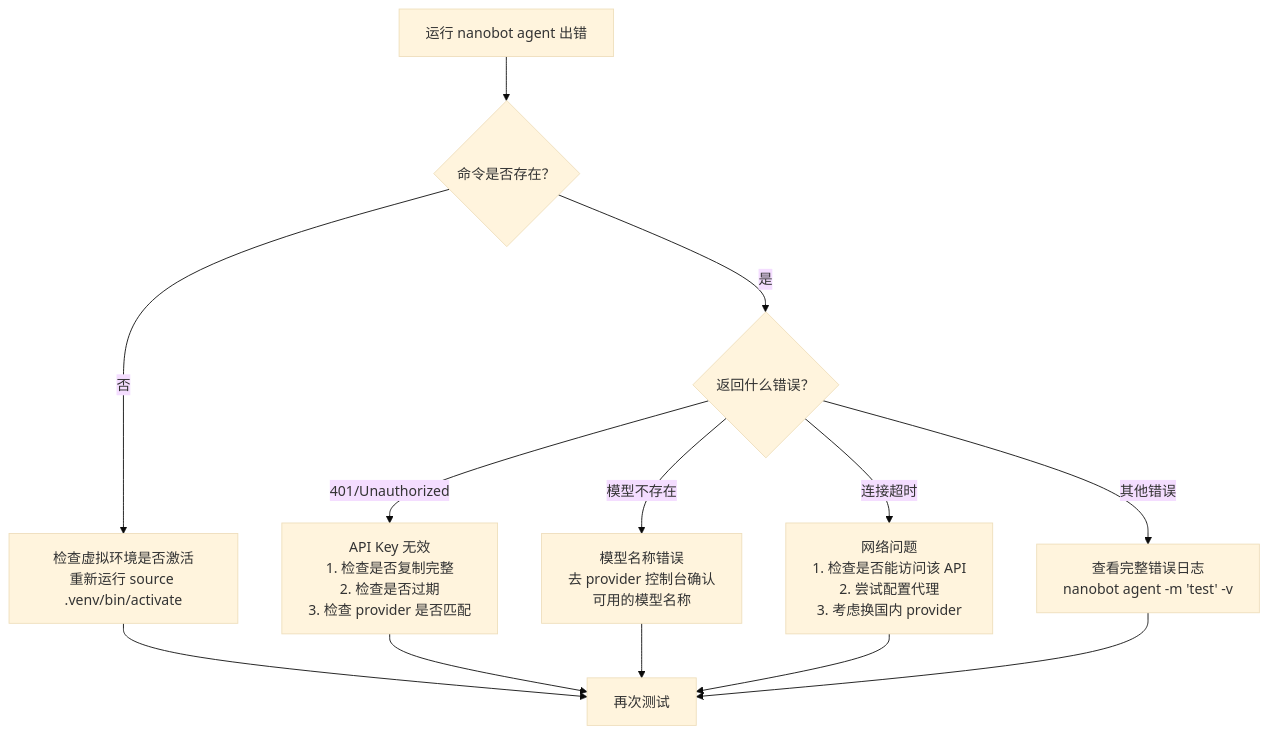
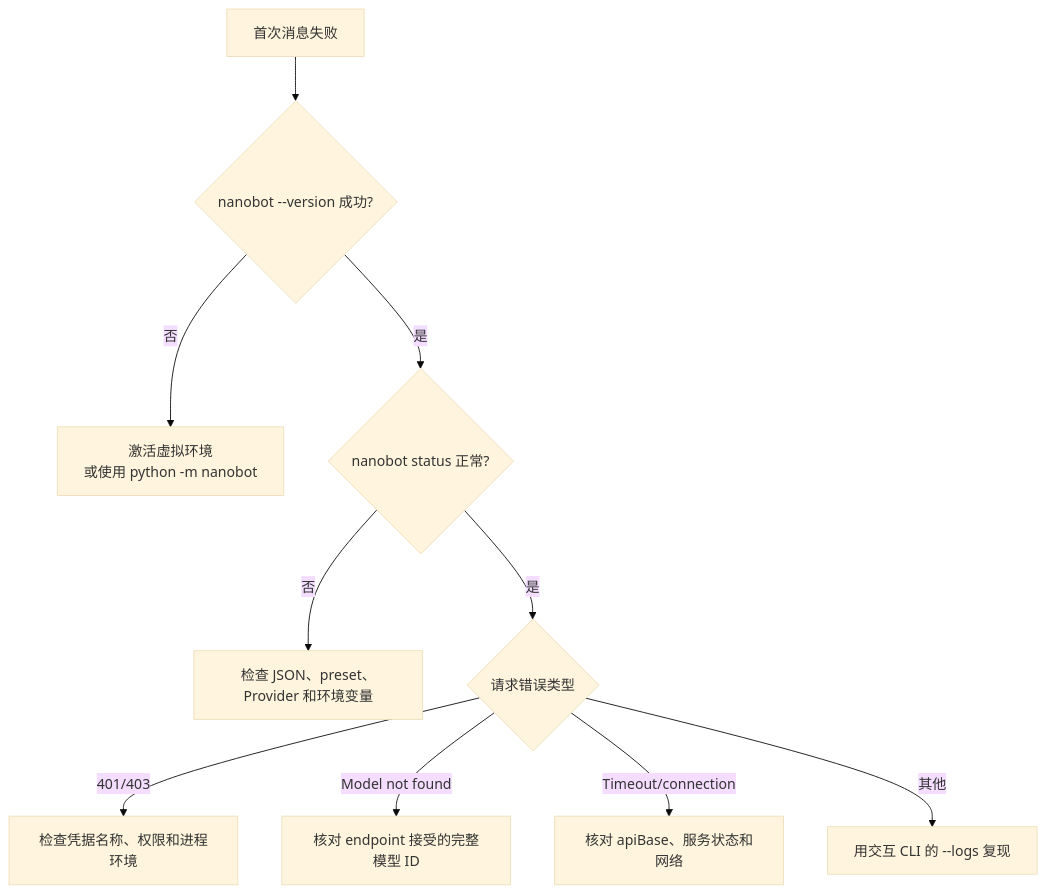
The first of 2 diagrams in docs/zh-cn/zero/01-quick-start.md (sine-io/byte-of-nanobot), drawn with Mermaid (base theme) before and after one commit. The commit also changed other lines of this file and 3 other files, not shown here.

````diff
--- a/docs/zh-cn/zero/01-quick-start.md
+++ b/docs/zh-cn/zero/01-quick-start.md
@@ -287,17 +165,12 @@
 ```mermaid
 flowchart TD
-    start[运行 nanobot agent 出错] --> check1{命令是否存在？}
-    check1 -- 否 --> fix1[检查虚拟环境是否激活<br/>重新运行 source .venv/bin/activate]
-    check1 -- 是 --> check2{返回什么错误？}
-    
-    check2 -- 401/Unauthorized --> fix2[API Key 无效<br/>1. 检查是否复制完整<br/>2. 检查是否过期<br/>3. 检查 provider 是否匹配]
-    check2 -- 模型不存在 --> fix3[模型名称错误<br/>去 provider 控制台确认<br/>可用的模型名称]
-    check2 -- 连接超时 --> fix4[网络问题<br/>1. 检查是否能访问该 API<br/>2. 尝试配置代理<br/>3. 考虑换国内 provider]
-    check2 -- 其他错误 --> fix5[查看完整错误日志<br/>nanobot agent -m 'test' -v]
-    
-    fix1 --> verify[再次测试]
-    fix2 --> verify
-    fix3 --> verify
-    fix4 --> verify
-    fix5 --> verify
+    start[首次消息失败] --> installed{nanobot --version 成功?}
+    installed -- 否 --> path[激活虚拟环境<br/>或使用 python -m nanobot]
+    installed -- 是 --> status{nanobot status 正常?}
+    status -- 否 --> config[检查 JSON、preset、Provider 和环境变量]
+    status -- 是 --> request{请求错误类型}
+    request -- 401/403 --> auth[检查凭据名称、权限和进程环境]
+    request -- Model not found --> model[核对 endpoint 接受的完整模型 ID]
+    request -- Timeout/connection --> network[核对 apiBase、服务状态和网络]
+    request -- 其他 --> logs[用交互 CLI 的 --logs 复现]
 ```
````
